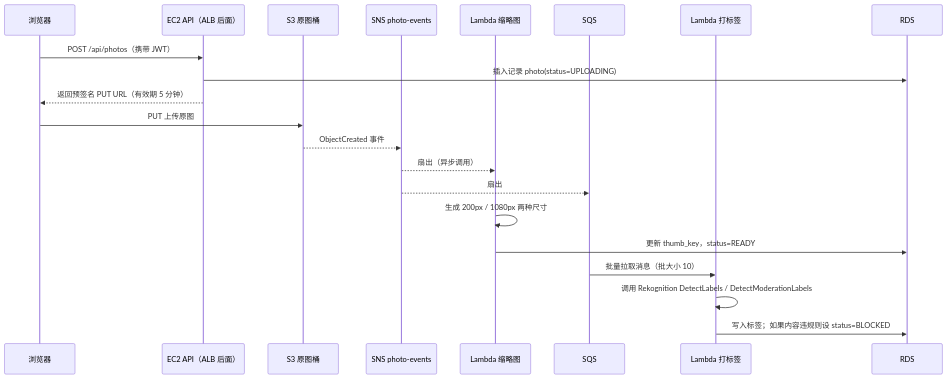
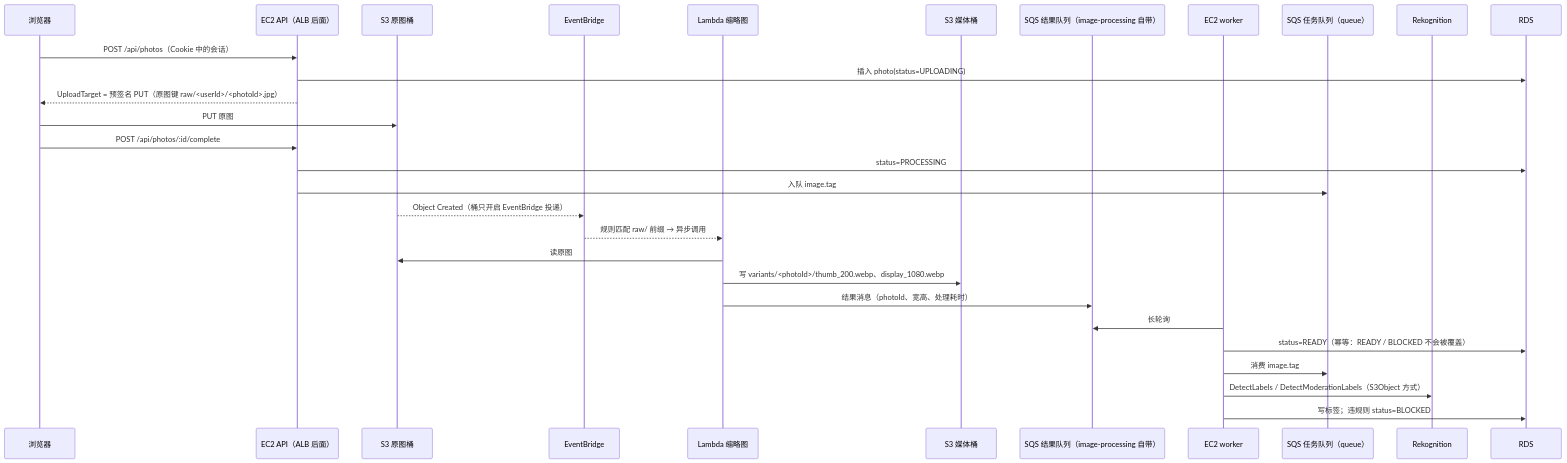
Before and after one commit to anc-repository/aws_training: the second of 2 diagrams in docs/architecture.md, drawn with Mermaid. The commit also changed other lines of this file and 12 other files, not shown here.

````diff
--- a/docs/architecture.md
+++ b/docs/architecture.md
@@ -44,24 +114,32 @@
 ```mermaid
 sequenceDiagram
     participant B as 浏览器
     participant API as EC2 API（ALB 后面）
     participant S3R as S3 原图桶
-    participant SN as SNS photo-events
+    participant EB as EventBridge
     participant LT as Lambda 缩略图
-    participant Q as SQS
-    participant LA as Lambda 打标签
+    participant S3M as S3 媒体桶
+    participant RQ as SQS 结果队列（image-processing 自带）
+    participant W as EC2 worker
+    participant Q as SQS 任务队列（queue）
+    participant RK as Rekognition
     participant DB as RDS
 
-    B->>API: POST /api/photos（携带 JWT）
-    API->>DB: 插入记录 photo(status=UPLOADING)
-    API-->>B: 返回预签名 PUT URL（有效期 5 分钟）
-    B->>S3R: PUT 上传原图
-    S3R-->>SN: ObjectCreated 事件
-    SN-->>LT: 扇出（异步调用）
-    SN-->>Q: 扇出
-    LT->>LT: 生成 200px / 1080px 两种尺寸
-    LT->>DB: 更新 thumb_key，status=READY
-    Q->>LA: 批量拉取消息（批大小 10）
-    LA->>LA: 调用 Rekognition DetectLabels / DetectModerationLabels
-    LA->>DB: 写入标签；如果内容违规则设 status=BLOCKED
+    B->>API: POST /api/photos（Cookie 中的会话）
+    API->>DB: 插入 photo(status=UPLOADING)
+    API-->>B: UploadTarget = 预签名 PUT（原图键 raw/<userId>/<photoId>.jpg）
+    B->>S3R: PUT 原图
+    B->>API: POST /api/photos/:id/complete
+    API->>DB: status=PROCESSING
+    API->>Q: 入队 image.tag
+    S3R-->>EB: Object Created（桶只开启 EventBridge 投递）
+    EB-->>LT: 规则匹配 raw/ 前缀 → 异步调用
+    LT->>S3R: 读原图
+    LT->>S3M: 写 variants/<photoId>/thumb_200.webp、display_1080.webp
+    LT->>RQ: 结果消息（photoId、宽高、处理耗时）
+    W->>RQ: 长轮询
+    W->>DB: status=READY（幂等：READY / BLOCKED 不会被覆盖）
+    W->>Q: 消费 image.tag
+    W->>RK: DetectLabels / DetectModerationLabels（S3Object 方式）
+    W->>DB: 写标签；违规则 status=BLOCKED
 ```
````
